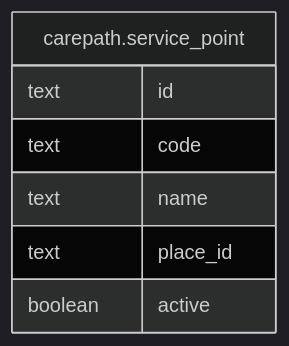
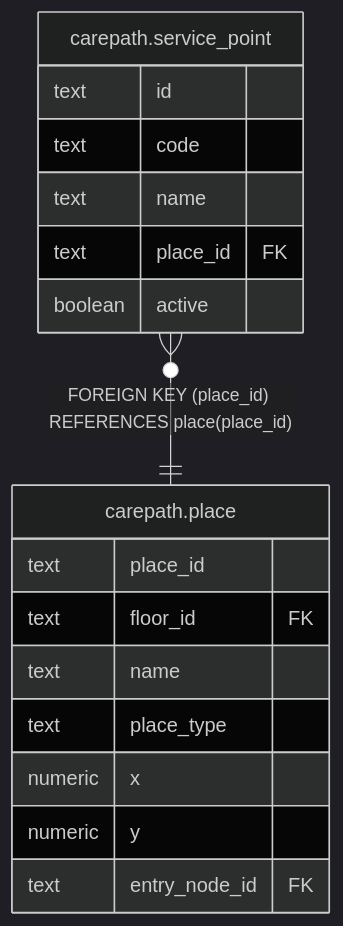
The diagram in docs/architecture/erd/carepath.service_point.md (somprasongd/carepath), drawn with Mermaid (dark theme) before and after one commit. The commit also changed other lines of this file and 29 other files, not shown here.

First line of the commit message:
Record every step status change as an append-only timeline (#85)

````diff
--- a/docs/architecture/erd/carepath.service_point.md
+++ b/docs/architecture/erd/carepath.service_point.md
@@ -29,12 +30,22 @@
 ```mermaid
 erDiagram
 
+"carepath.service_point" }o--|| "carepath.place" : "FOREIGN KEY (place_id) REFERENCES place(place_id)"
 
 "carepath.service_point" {
   text id
   text code
   text name
-  text place_id
+  text place_id FK
   boolean active
 }
+"carepath.place" {
+  text place_id
+  text floor_id FK
+  text name
+  text place_type
+  numeric x
+  numeric y
+  text entry_node_id FK
+}
 ```
````
